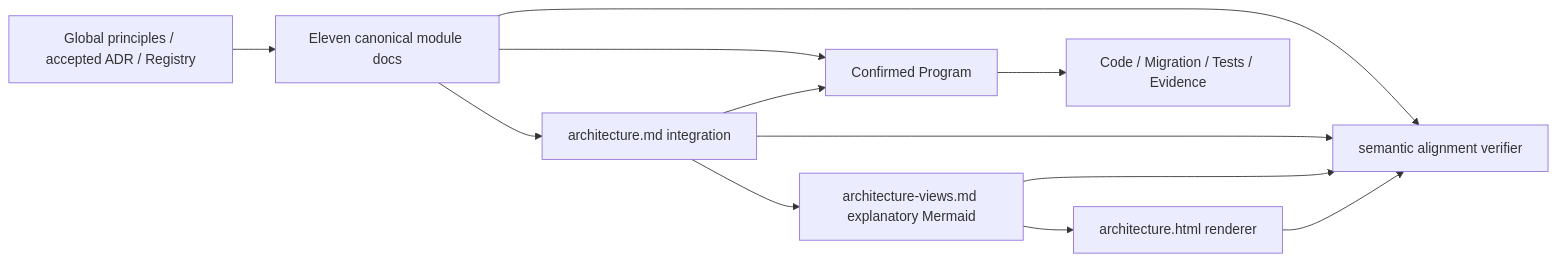
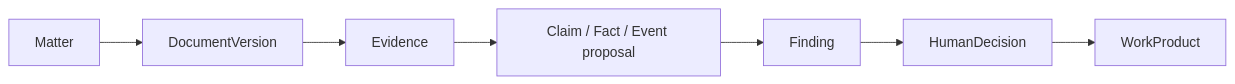
The fifth of 14 diagrams in docs/project/architecture/architecture-views.md (ProfessorZhi/Zuno), drawn with Mermaid before and after one commit. The commit also changed other lines of this file and 99 other files, not shown here.

Commit message:
docs: reframe architecture around Python microservices

````diff
--- a/docs/project/architecture/architecture-views.md
+++ b/docs/project/architecture/architecture-views.md
@@ -108,10 +75,9 @@
 ```mermaid
 flowchart LR
-  ADR[Global principles / accepted ADR / Registry] --> MOD[Eleven canonical module docs]
-  MOD --> ARCH[architecture.md integration]
-  ARCH --> VIEWS[architecture-views.md explanatory Mermaid]
-  VIEWS --> HTML[architecture.html renderer]
-  MOD & ARCH --> PROGRAM[Confirmed Program]
-  PROGRAM --> CODE[Code / Migration / Tests / Evidence]
-  MOD & ARCH & VIEWS & HTML --> GUARD[semantic alignment verifier]
+  MATTER[Matter] --> DOC[DocumentVersion]
+  DOC --> EVIDENCE[Evidence]
+  EVIDENCE --> CLAIM[Claim / Fact / Event proposal]
+  CLAIM --> FINDING[Finding]
+  FINDING --> DECISION[HumanDecision]
+  DECISION --> PRODUCT[WorkProduct]
 ```
````
